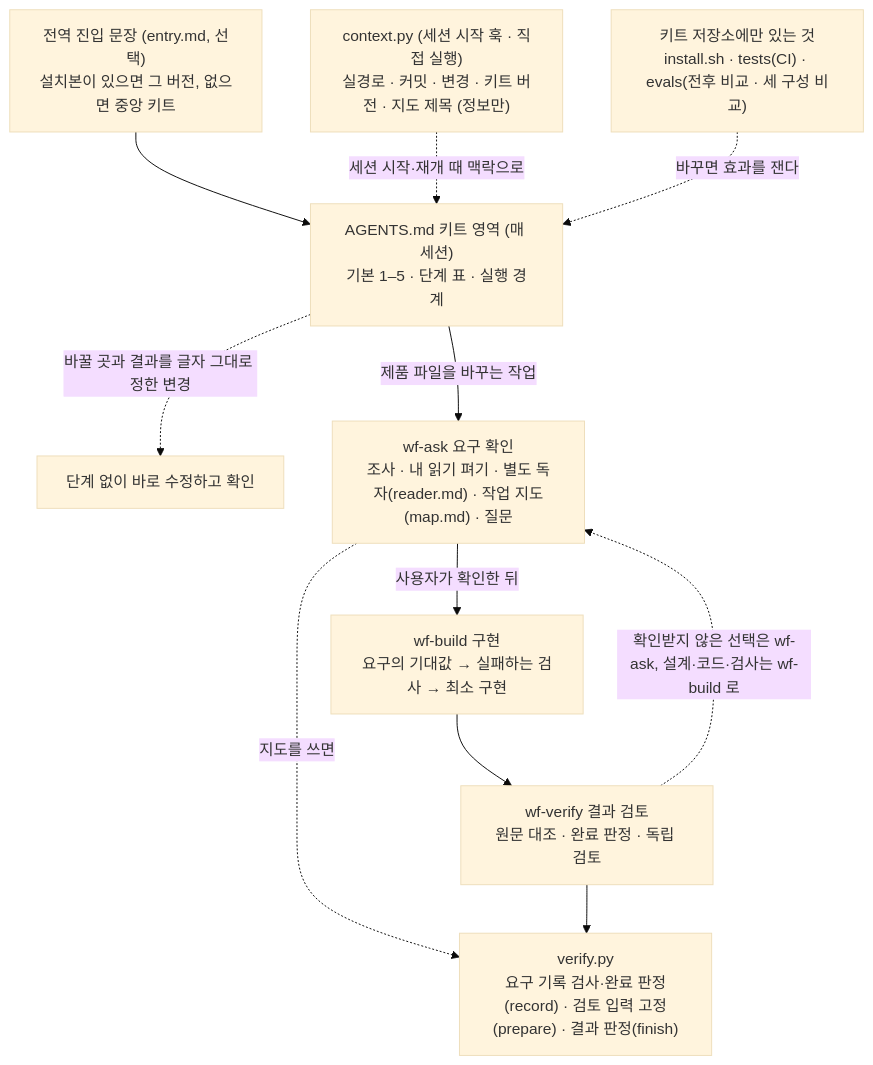
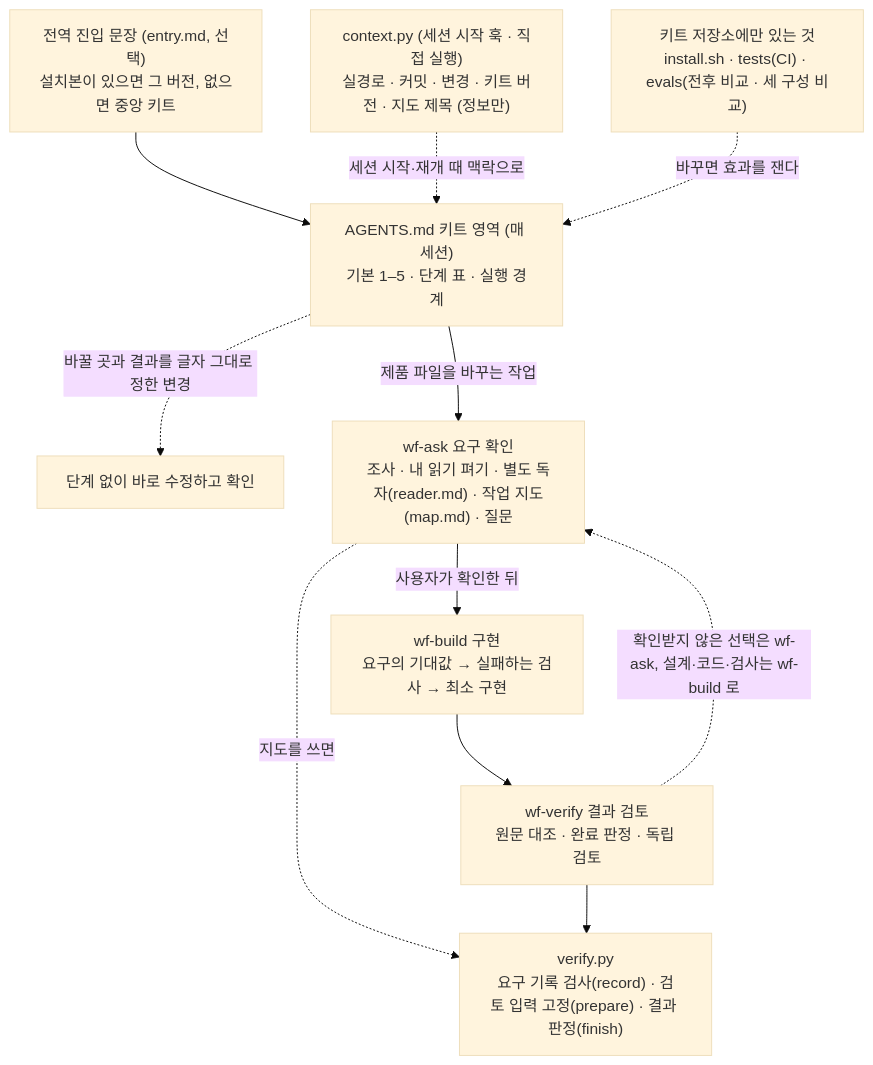
One commit to taehyung-lab/agent-workflow-kit changed the first of 2 diagrams in README.md. Above: the diagram before and after it, drawn with Mermaid (base theme). The commit also changed other lines of this file and 121 other files, not shown here.

````diff
--- a/README.md
+++ b/README.md
@@ -29,21 +29,21 @@
 ```mermaid
 flowchart TD
   E["전역 진입 문장 (entry.md, 선택)<br/>설치본이 있으면 그 버전, 없으면 중앙 키트"]
   A["AGENTS.md 키트 영역 (매 세션)<br/>기본 1–5 · 단계 표 · 실행 경계"]
   D["단계 없이 바로 수정하고 확인"]
   Q["wf-ask 요구 확인<br/>조사 · 내 읽기 펴기 · 별도 독자(reader.md) · 작업 지도(map.md) · 질문"]
   B["wf-build 구현<br/>요구의 기대값 → 실패하는 검사 → 최소 구현"]
   W["wf-verify 결과 검토<br/>원문 대조 · 완료 판정 · 독립 검토"]
   C["context.py (세션 시작 훅 · 직접 실행)<br/>실경로 · 커밋 · 변경 · 키트 버전 · 지도 제목 (정보만)"]
-  V["verify.py<br/>요구 기록 검사·완료 판정(record) · 검토 입력 고정(prepare) · 결과 판정(finish)"]
+  V["verify.py<br/>요구 기록 검사(record) · 검토 입력 고정(prepare) · 결과 판정(finish)"]
   R["키트 저장소에만 있는 것<br/>install.sh · tests(CI) · evals(전후 비교 · 세 구성 비교)"]
   E --> A
   A -->|제품 파일을 바꾸는 작업| Q
   A -.->|바꿀 곳과 결과를 글자 그대로 정한 변경| D
   Q -->|사용자가 확인한 뒤| B --> W
   W -.->|확인받지 않은 선택은 wf-ask, 설계·코드·검사는 wf-build 로| Q
   C -.->|세션 시작·재개 때 맥락으로| A
   Q -.->|지도를 쓰면| V
   W --> V
   R -.->|바꾸면 효과를 잰다| A
 ```
````
